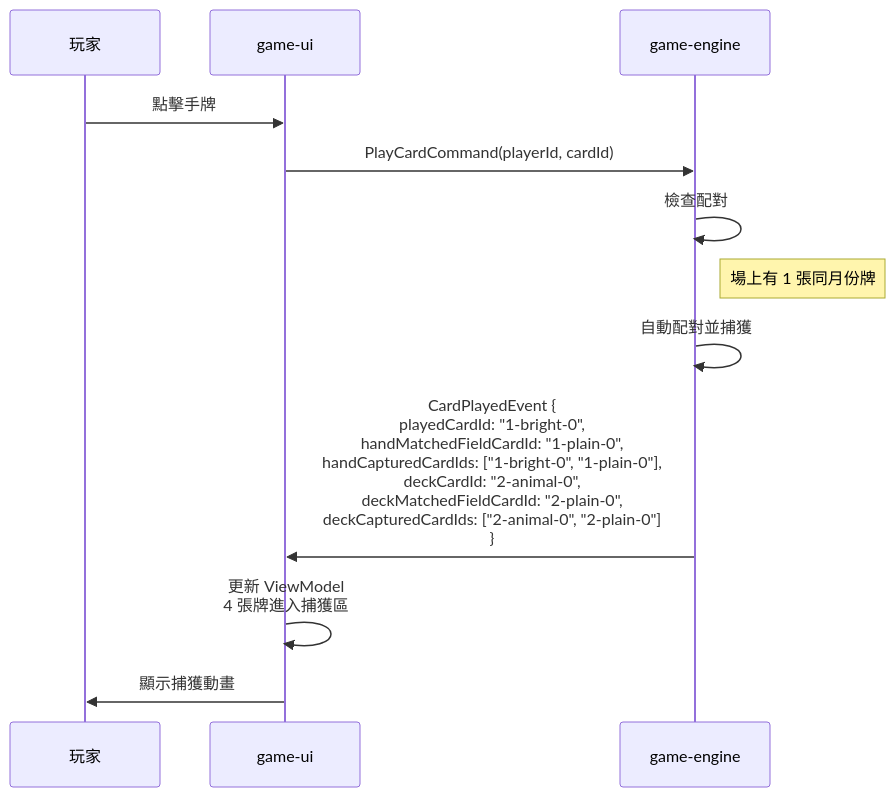
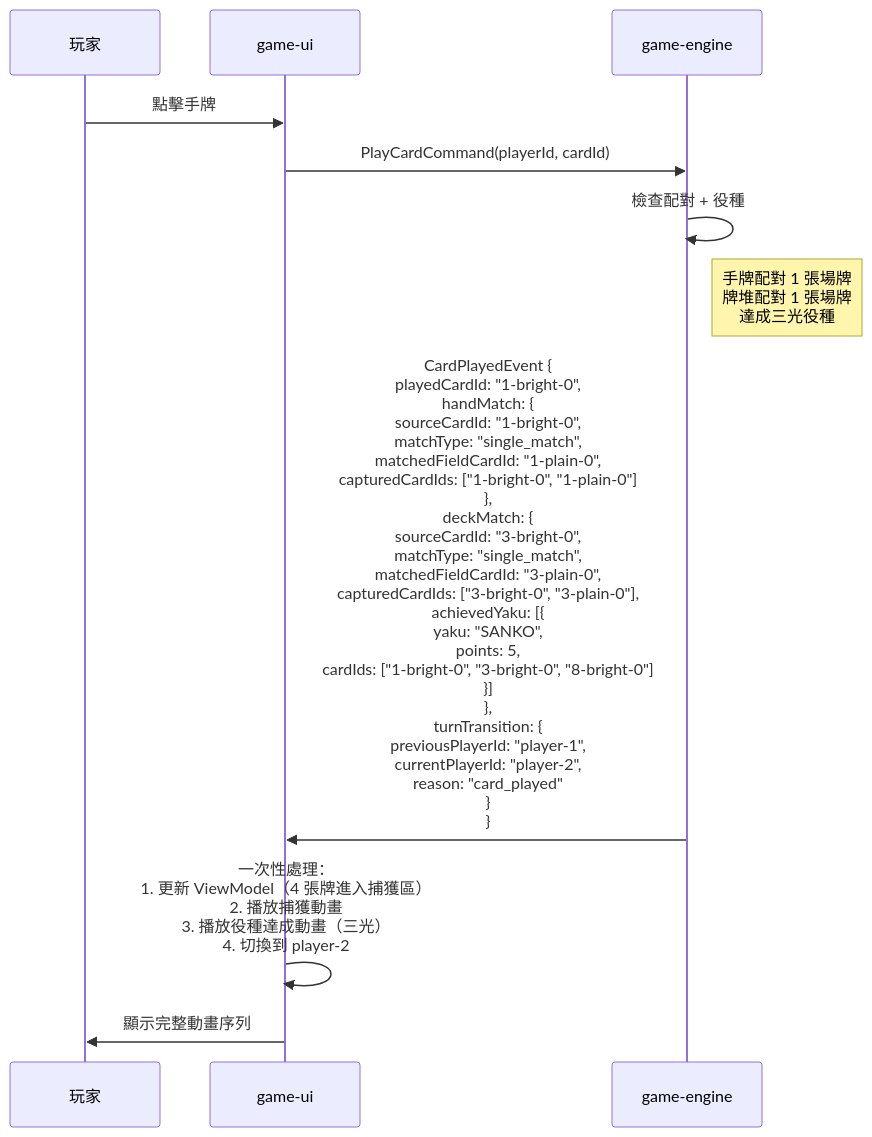
Before and after one commit to ychleo102615/hanahuda: the third of 9 diagrams in specs/001-game-ui-game/contracts/event-sequence-diagram.md, drawn with Mermaid. The commit also changed other lines of this file and 4 other files, not shown here.

````diff
--- a/specs/001-game-ui-game/contracts/event-sequence-diagram.md
+++ b/specs/001-game-ui-game/contracts/event-sequence-diagram.md
@@ -89,15 +89,16 @@
 ```mermaid
 sequenceDiagram
     participant Player as 玩家
     participant UI as game-ui
     participant Engine as game-engine
 
     Player->>UI: 點擊手牌
     UI->>Engine: PlayCardCommand(playerId, cardId)
-    Engine->>Engine: 檢查配對
-    Note right of Engine: 場上有 1 張同月份牌
-    Engine->>Engine: 自動配對並捕獲
-    Engine->>UI: CardPlayedEvent {<br/>  playedCardId: "1-bright-0",<br/>  handMatchedFieldCardId: "1-plain-0",<br/>  handCapturedCardIds: ["1-bright-0", "1-plain-0"],<br/>  deckCardId: "2-animal-0",<br/>  deckMatchedFieldCardId: "2-plain-0",<br/>  deckCapturedCardIds: ["2-animal-0", "2-plain-0"]<br/>}
-    UI->>UI: 更新 ViewModel<br/>4 張牌進入捕獲區
-    UI->>Player: 顯示捕獲動畫
+    Engine->>Engine: 檢查配對 + 役種
+    Note right of Engine: 手牌配對 1 張場牌<br/>牌堆配對 1 張場牌<br/>達成三光役種
+
+    Engine->>UI: CardPlayedEvent {<br/>  playedCardId: "1-bright-0",<br/>  handMatch: {<br/>    sourceCardId: "1-bright-0",<br/>    matchType: "single_match",<br/>    matchedFieldCardId: "1-plain-0",<br/>    capturedCardIds: ["1-bright-0", "1-plain-0"]<br/>  },<br/>  deckMatch: {<br/>    sourceCardId: "3-bright-0",<br/>    matchType: "single_match",<br/>    matchedFieldCardId: "3-plain-0",<br/>    capturedCardIds: ["3-bright-0", "3-plain-0"],<br/>    achievedYaku: [{<br/>      yaku: "SANKO",<br/>      points: 5,<br/>      cardIds: ["1-bright-0", "3-bright-0", "8-bright-0"]<br/>    }]<br/>  },<br/>  turnTransition: {<br/>    previousPlayerId: "player-1",<br/>    currentPlayerId: "player-2",<br/>    reason: "card_played"<br/>  }<br/>}
+
+    UI->>UI: 一次性處理：<br/>1. 更新 ViewModel（4 張牌進入捕獲區）<br/>2. 播放捕獲動畫<br/>3. 播放役種達成動畫（三光）<br/>4. 切換到 player-2
+    UI->>Player: 顯示完整動畫序列
 ```
````
